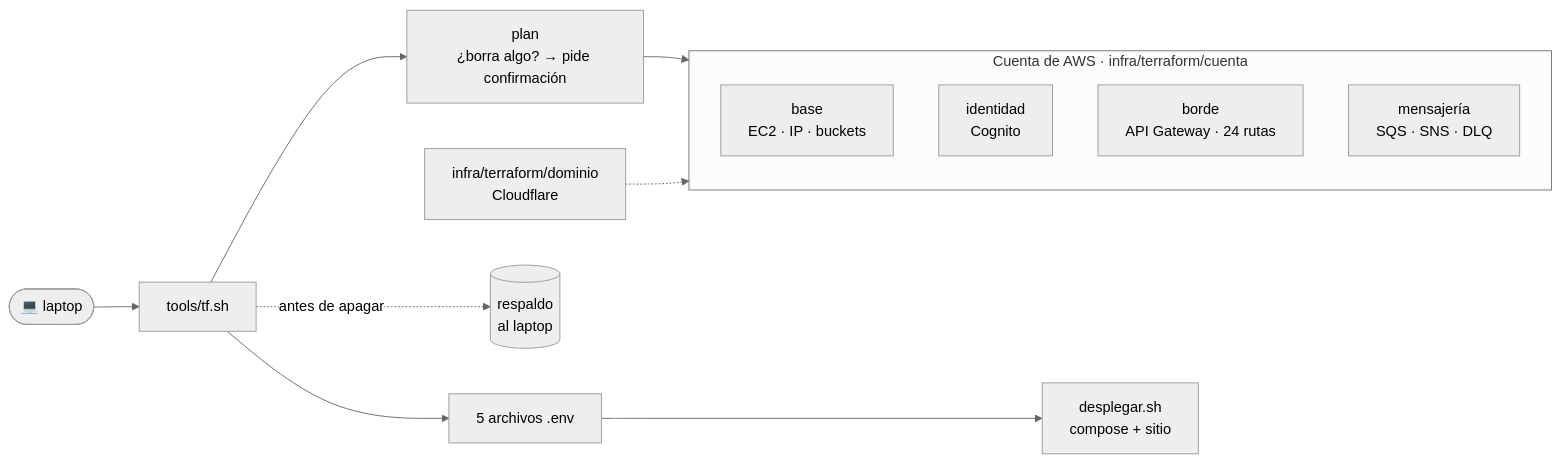
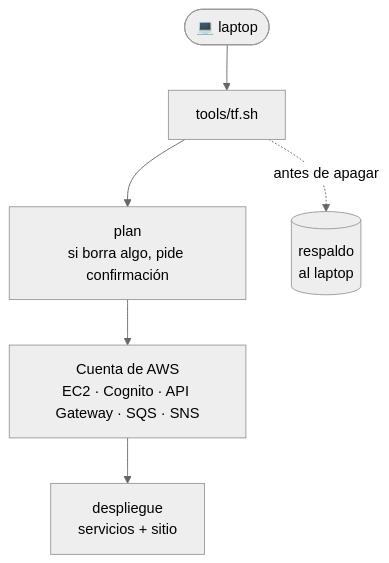
The fourth of 4 diagrams in README.md (Martinnnn-ops/cacha-el-precio), drawn with Mermaid (neutral theme) before and after one commit. The commit also changed other lines of this file and 1 other file, not shown here.

Commit message:
docs(readme): más corto y sin repetir; diagramas verticales y el stack plegado

````diff
--- a/README.md
+++ b/README.md
@@ -171,18 +160,8 @@
 ```mermaid
-flowchart LR
+flowchart TD
     DEV(["💻 laptop"]) --> TF["tools/tf.sh"]
-    TF --> PLAN["plan<br/>¿borra algo? → pide confirmación"]
-    PLAN --> AWS
-
-    subgraph AWS["Cuenta de AWS · infra/terraform/cuenta"]
-        direction TB
-        B1["base<br/>EC2 · IP · buckets"]
-        B2["identidad<br/>Cognito"]
-        B3["borde<br/>API Gateway · 24 rutas"]
-        B4["mensajería<br/>SQS · SNS · DLQ"]
-    end
-
-    TF --> ENV["5 archivos .env"] --> DEP["desplegar.sh<br/>compose + sitio"]
+    TF --> PLAN["plan<br/>si borra algo, pide confirmación"]
+    PLAN --> AWS["Cuenta de AWS<br/>EC2 · Cognito · API Gateway · SQS · SNS"]
+    AWS --> DEP["despliegue<br/>servicios + sitio"]
     TF -. "antes de apagar" .-> RES[("respaldo<br/>al laptop")]
-    DNS["infra/terraform/dominio<br/>Cloudflare"] -.-> AWS
 ```
````
